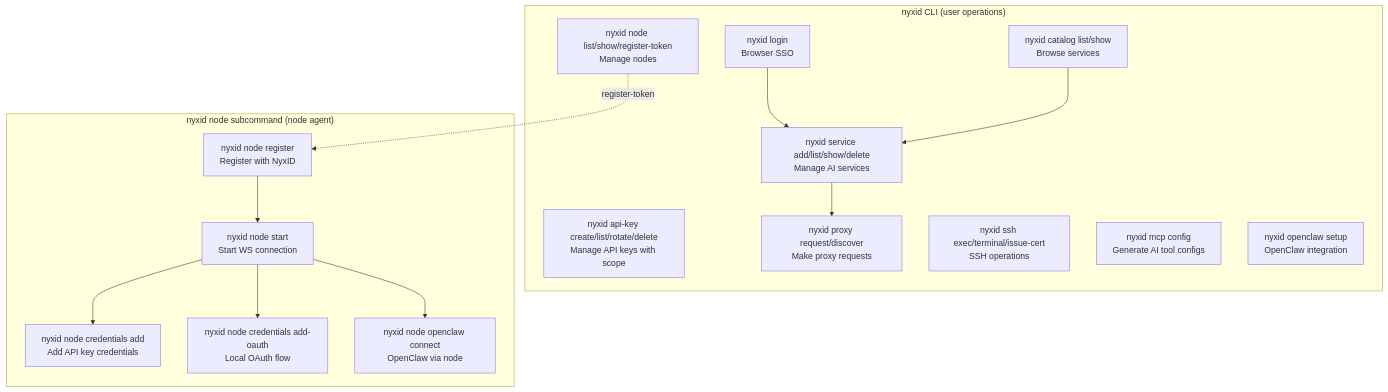
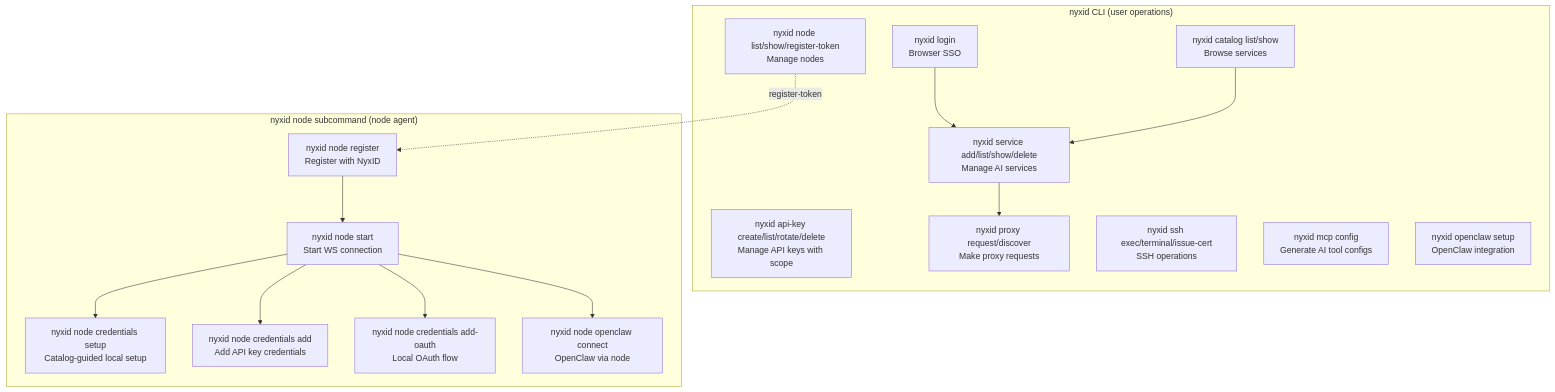
The fifth of 7 diagrams in docs/AI_SERVICES_ARCHITECTURE.md (yonasBSD/NyxID), drawn with Mermaid before and after one commit. The commit also changed other lines of this file and 19 other files, not shown here.

First line of the commit message:
fix: node OAuth auth code flow, token refresh, simplified openclaw connect

````diff
--- a/docs/AI_SERVICES_ARCHITECTURE.md
+++ b/docs/AI_SERVICES_ARCHITECTURE.md
@@ -181,29 +181,30 @@
 ```mermaid
 graph TB
     subgraph "nyxid CLI (user operations)"
         LOGIN["nyxid login<br/>Browser SSO"]
         CATALOG["nyxid catalog list/show<br/>Browse services"]
         SERVICE["nyxid service add/list/show/delete<br/>Manage AI services"]
         APIKEY["nyxid api-key create/list/rotate/delete<br/>Manage API keys with scope"]
         PROXY["nyxid proxy request/discover<br/>Make proxy requests"]
         SSH_CMD["nyxid ssh exec/terminal/issue-cert<br/>SSH operations"]
         MCP["nyxid mcp config<br/>Generate AI tool configs"]
         NODE_CMD["nyxid node list/show/register-token<br/>Manage nodes"]
         OPENCLAW["nyxid openclaw setup<br/>OpenClaw integration"]
     end
 
     subgraph "nyxid node subcommand (node agent)"
         REGISTER["nyxid node register<br/>Register with NyxID"]
         START["nyxid node start<br/>Start WS connection"]
+        SETUP["nyxid node credentials setup<br/>Catalog-guided local setup"]
         CREDS["nyxid node credentials add<br/>Add API key credentials"]
         OAUTH_NODE["nyxid node credentials add-oauth<br/>Local OAuth flow"]
         OC_NODE["nyxid node openclaw connect<br/>OpenClaw via node"]
     end
 
     LOGIN --> SERVICE
     CATALOG --> SERVICE
     SERVICE --> PROXY
     NODE_CMD -.->|"register-token"| REGISTER
     REGISTER --> START
-    START --> CREDS & OAUTH_NODE & OC_NODE
+    START --> SETUP & CREDS & OAUTH_NODE & OC_NODE
 ```
````
